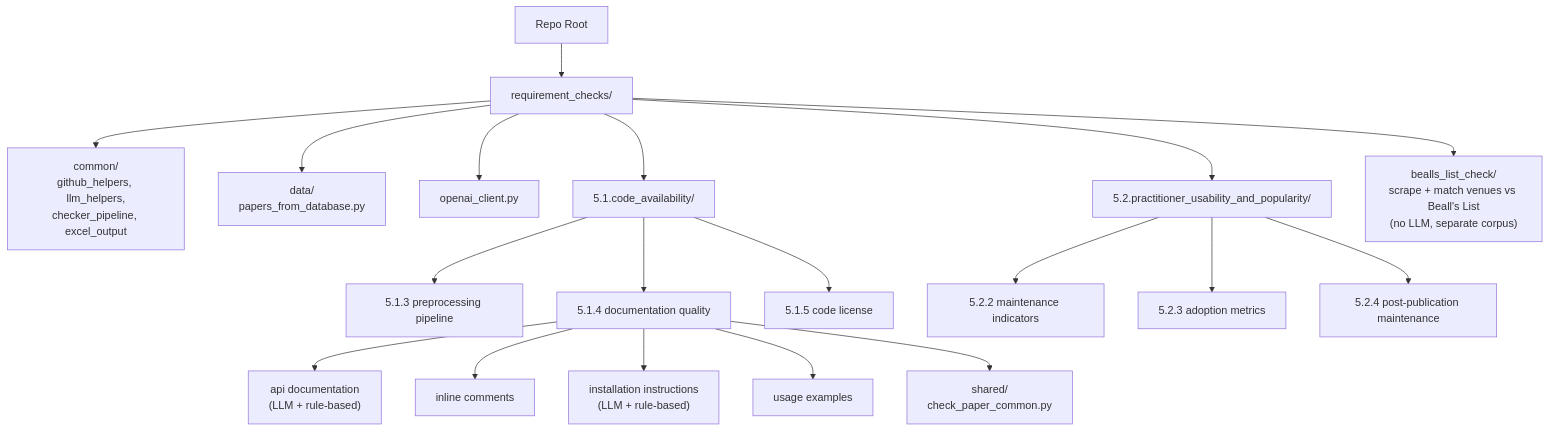
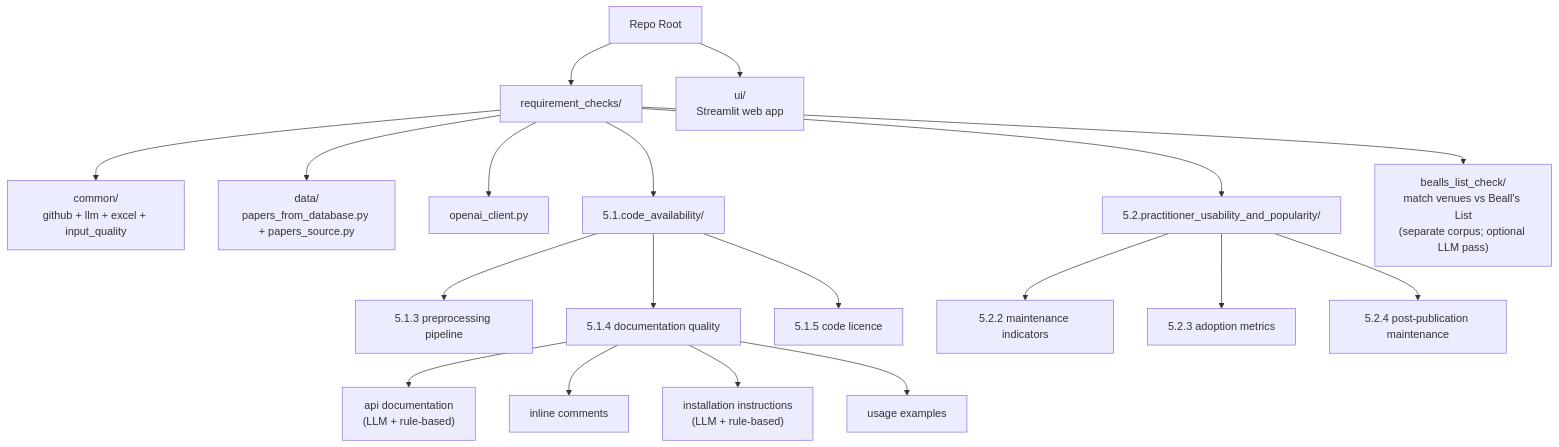
Before and after one commit to AminDaryan/Scrape-GitHub: the diagram in README.md, drawn with Mermaid. The commit also changed other lines of this file, not shown here.

````diff
--- a/README.md
+++ b/README.md
@@ -475,22 +516,22 @@
 ```mermaid
 flowchart TD
   root["Repo Root"]
   root --> rc["requirement_checks/"]
-  rc --> common["common/<br/>github_helpers, llm_helpers,<br/>checker_pipeline, excel_output"]
-  rc --> data["data/<br/>papers_from_database.py"]
+  root --> ui["ui/<br/>Streamlit web app"]
+  rc --> common["common/<br/>github + llm + excel + input_quality"]
+  rc --> data["data/<br/>papers_from_database.py + papers_source.py"]
   rc --> client["openai_client.py"]
   rc --> q51["5.1.code_availability/"]
   q51 --> q513["5.1.3 preprocessing pipeline"]
   q51 --> q514["5.1.4 documentation quality"]
-  q51 --> q515["5.1.5 code license"]
+  q51 --> q515["5.1.5 code licence"]
   q514 --> apidoc["api documentation<br/>(LLM + rule-based)"]
   q514 --> inline["inline comments"]
   q514 --> install["installation instructions<br/>(LLM + rule-based)"]
   q514 --> usage["usage examples"]
-  q514 --> shared["shared/<br/>check_paper_common.py"]
   rc --> q52["5.2.practitioner_usability_and_popularity/"]
   q52 --> q522["5.2.2 maintenance indicators"]
   q52 --> q523["5.2.3 adoption metrics"]
   q52 --> q524["5.2.4 post-publication maintenance"]
-  rc --> bealls["bealls_list_check/<br/>scrape + match venues vs Beall's List<br/>(no LLM, separate corpus)"]
+  rc --> bealls["bealls_list_check/<br/>match venues vs Beall's List<br/>(separate corpus; optional LLM pass)"]
 ```
````
